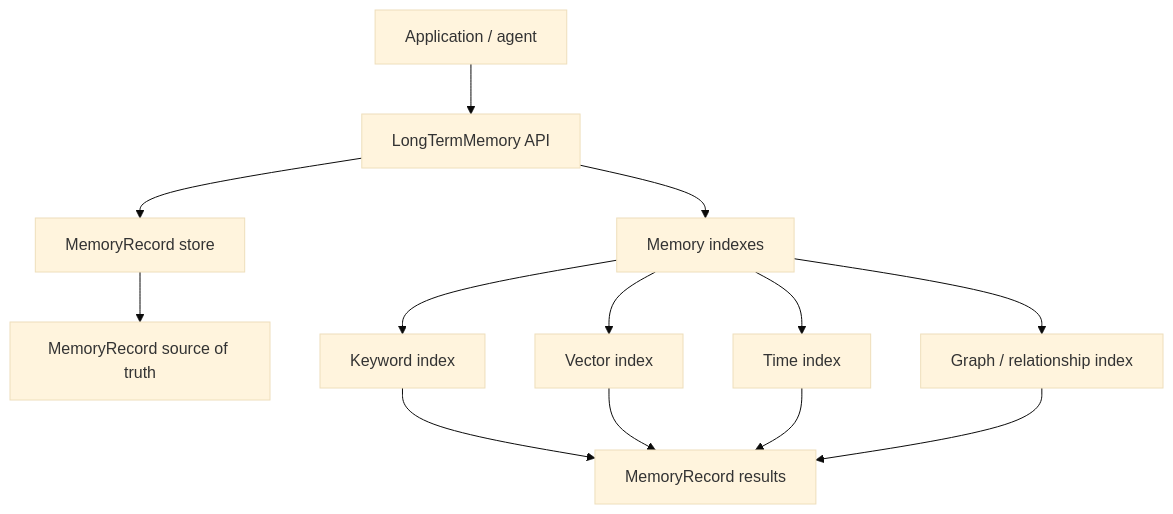
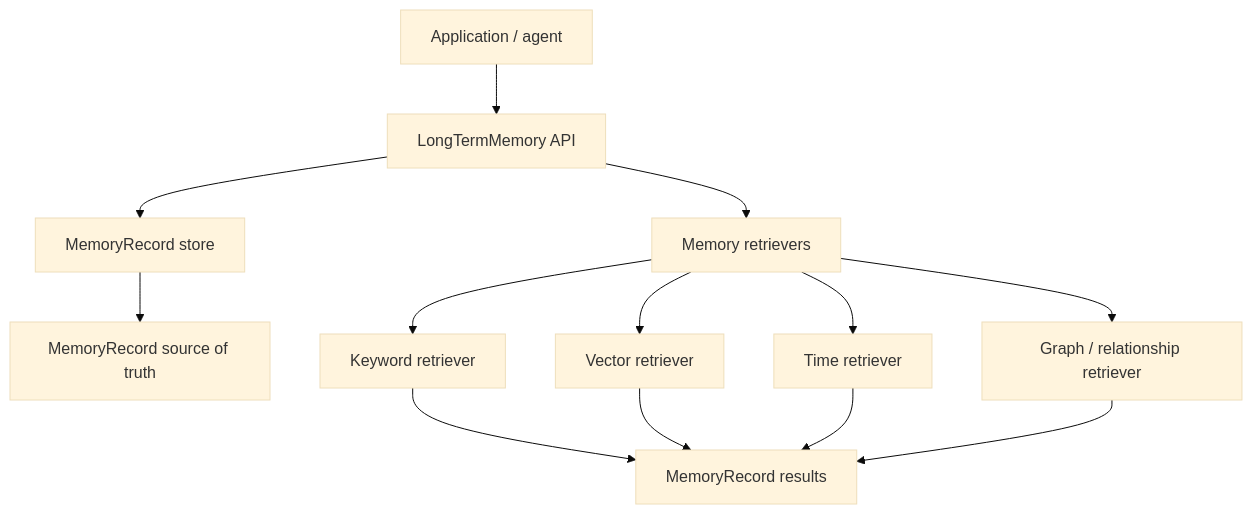
The first of 4 diagrams in docs/long-term-memory.md (hluchetu/llm-memory-from-scratch-), drawn with Mermaid (base theme) before and after one commit. The commit also changed other lines of this file and 10 other files, not shown here.

Commit message:
Refactor long-term memory architecture

````diff
--- a/docs/long-term-memory.md
+++ b/docs/long-term-memory.md
@@ -46,18 +46,18 @@
 ```mermaid
 flowchart TB
     App["Application / agent"] --> Memory["LongTermMemory API"]
     Memory --> Store["MemoryRecord store"]
-    Memory --> Indexes["Memory indexes"]
+    Memory --> Retrievers["Memory retrievers"]
 
     Store --> Records["MemoryRecord source of truth"]
 
-    Indexes --> Keyword["Keyword index"]
-    Indexes --> Vector["Vector index"]
-    Indexes --> Time["Time index"]
-    Indexes --> Graph["Graph / relationship index"]
+    Retrievers --> Keyword["Keyword retriever"]
+    Retrievers --> Vector["Vector retriever"]
+    Retrievers --> Time["Time retriever"]
+    Retrievers --> Graph["Graph / relationship retriever"]
 
     Keyword --> Results["MemoryRecord results"]
     Vector --> Results
     Time --> Results
     Graph --> Results
 ```
````
